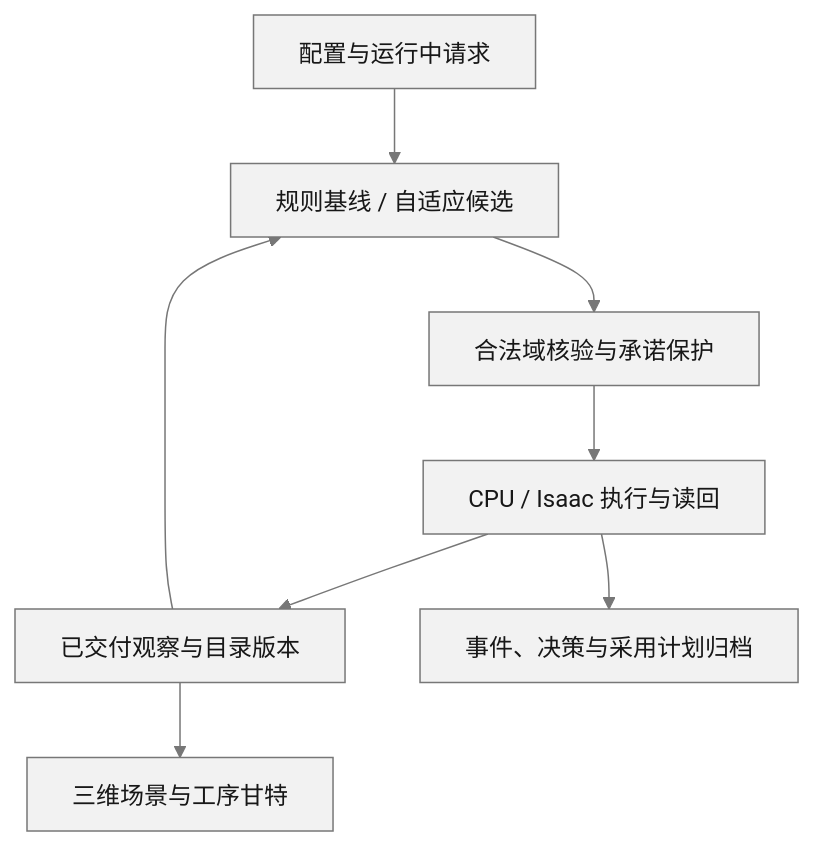
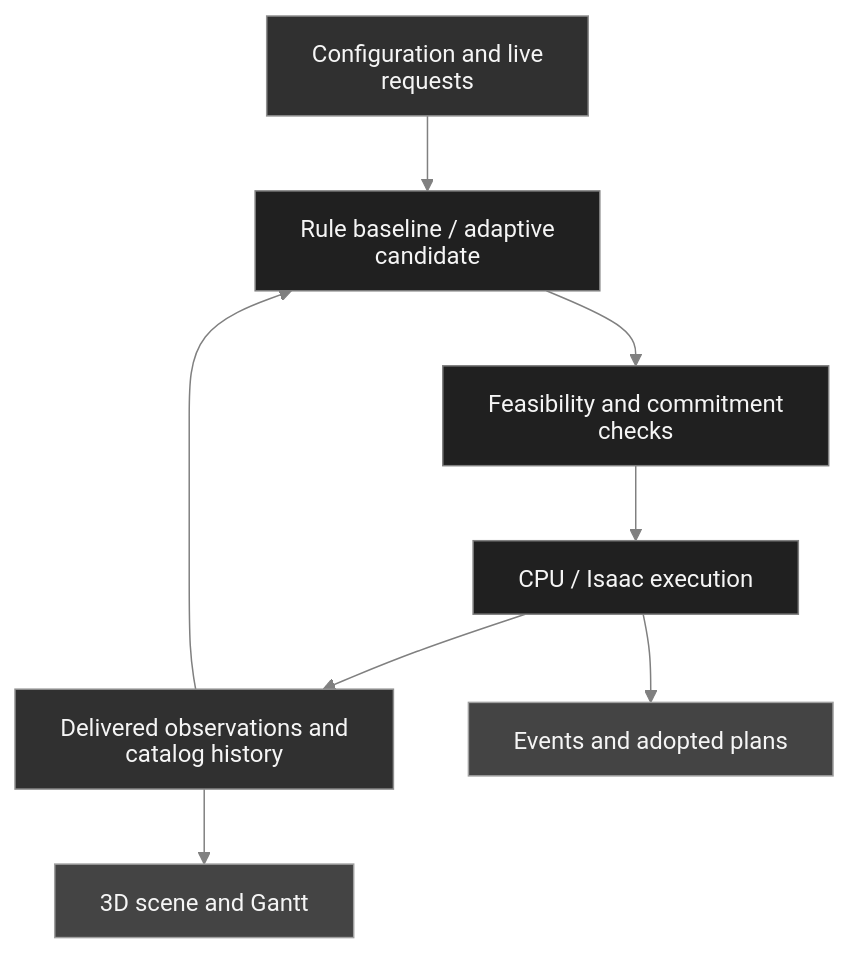
One commit to delongwangshu49-hub/adaptive-hrc-scheduling changed the first of 2 diagrams in README.md. Above: the diagram before and after it, drawn with Mermaid. The commit also changed other lines of this file and 97 other files, not shown here.

````diff
--- a/README.md
+++ b/README.md
@@ -95,13 +97,17 @@
 ```mermaid
-%%{init: {"theme":"base","htmlLabels":false,"themeVariables":{"primaryColor":"#f2f2f2","primaryTextColor":"#171717","primaryBorderColor":"#777777","lineColor":"#777777","fontSize":"16px"},"flowchart":{"htmlLabels":false,"useMaxWidth":true}}}%%
+%%{init: {"theme":"base","htmlLabels":false,"themeVariables":{"background":"#111111","primaryColor":"#202020","primaryTextColor":"#f5f5f5","secondaryColor":"#444444","secondaryTextColor":"#f5f5f5","tertiaryColor":"#303030","tertiaryTextColor":"#f5f5f5","primaryBorderColor":"#808080","lineColor":"#808080","textColor":"#f5f5f5","fontSize":"16px"},"flowchart":{"htmlLabels":false,"useMaxWidth":true}}}%%
 flowchart TB
-    C[配置与运行中请求] --> S[规则基线 / 自适应候选]
-    S --> V[合法域核验与承诺保护]
-    V --> E[CPU / Isaac 执行与读回]
-    E --> O[已交付观察与目录版本]
+    C["Configuration and live requests"] --> S["Rule baseline / adaptive candidate"]
+    S --> V["Feasibility and commitment checks"]
+    V --> E["CPU / Isaac execution"]
+    E --> O["Delivered observations and catalog history"]
     O --> S
-    O --> W[三维场景与工序甘特]
-    E --> A[事件、决策与采用计划归档]
-    classDef default fill:#f2f2f2,stroke:#777777,color:#171717
-    linkStyle default stroke:#777777
+    O --> W["3D scene and Gantt"]
+    E --> A["Events and adopted plans"]
+    class C,O graphite
+    class W,A slate
+    classDef default fill:#202020,stroke:#808080,color:#f5f5f5
+    classDef graphite fill:#303030,stroke:#909090,color:#f5f5f5
+    classDef slate fill:#444444,stroke:#a0a0a0,color:#f5f5f5
+    linkStyle default stroke:#808080
 ```
````
